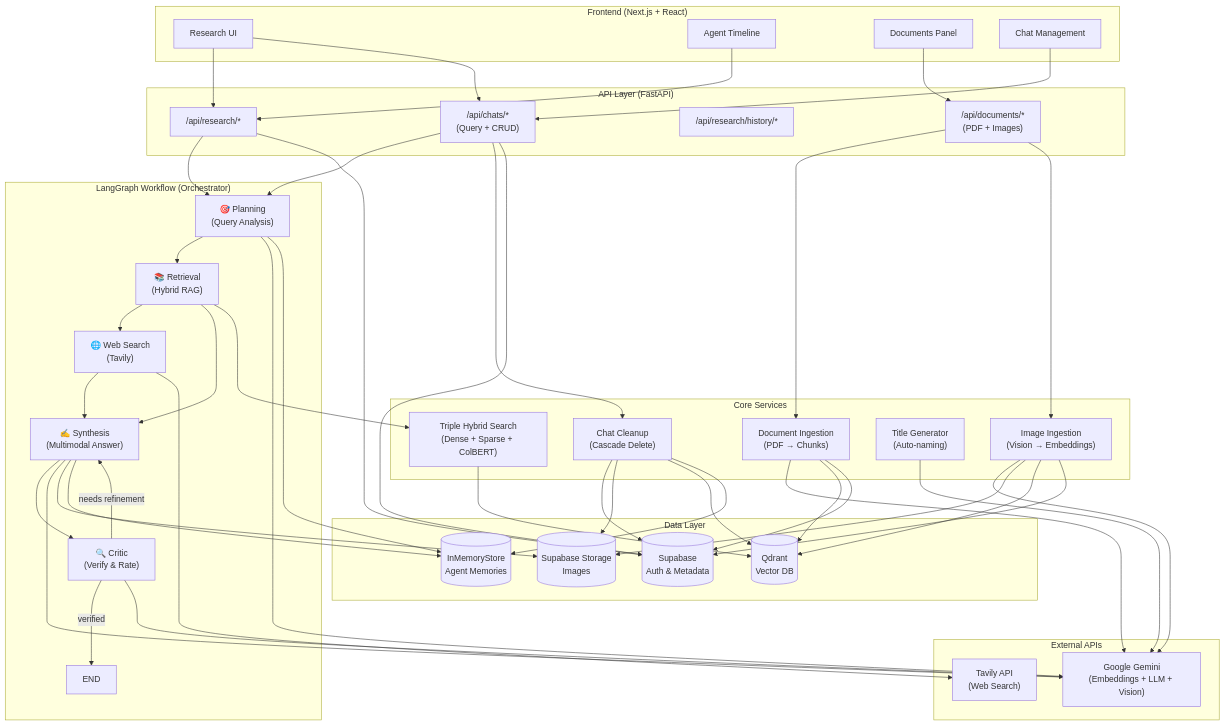
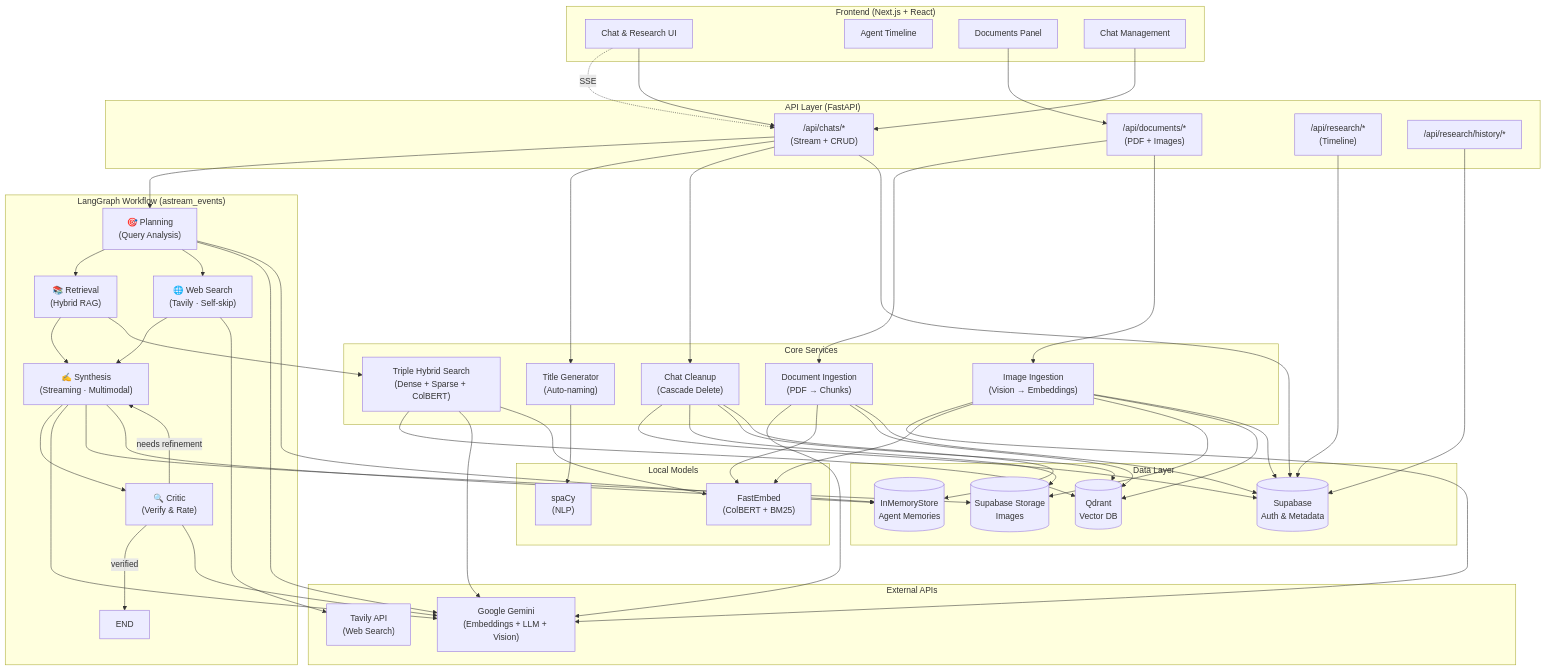
The diagram in README.md (thornxyz/revera), drawn with Mermaid before and after one commit. The commit also changed other lines of this file and 7 other files, not shown here.

Commit message:
performance fixes, update diagram

````diff
--- a/README.md
+++ b/README.md
@@ -7,28 +7,28 @@
 ```mermaid
 flowchart TB
     subgraph Frontend["Frontend (Next.js + React)"]
-        UI[Research UI]
+        UI[Chat & Research UI]
         Timeline[Agent Timeline]
         DocPanel[Documents Panel]
         ChatList[Chat Management]
     end
 
     subgraph API["API Layer (FastAPI)"]
-        ResearchAPI["/api/research/*"]
+        ChatsAPI["/api/chats/*<br/>(Stream + CRUD)"]
         DocumentsAPI["/api/documents/*<br/>(PDF + Images)"]
+        ResearchAPI["/api/research/*<br/>(Timeline)"]
         HistoryAPI["/api/research/history/*"]
-        ChatsAPI["/api/chats/*<br/>(Query + CRUD)"]
     end
 
-    subgraph LangGraph["LangGraph Workflow (Orchestrator)"]
+    subgraph LangGraph["LangGraph Workflow (astream_events)"]
         Planner["🎯 Planning<br/>(Query Analysis)"]
         Retrieval["📚 Retrieval<br/>(Hybrid RAG)"]
-        WebSearch["🌐 Web Search<br/>(Tavily)"]
-        Synthesis["✍️ Synthesis<br/>(Multimodal Answer)"]
+        WebSearch["🌐 Web Search<br/>(Tavily · Self-skip)"]
+        Synthesis["✍️ Synthesis<br/>(Streaming · Multimodal)"]
         Critic["🔍 Critic<br/>(Verify & Rate)"]
         
         Planner --> Retrieval
-        Retrieval --> WebSearch
+        Planner --> WebSearch
         Retrieval --> Synthesis
         WebSearch --> Synthesis
         Synthesis --> Critic
@@ -49,6 +49,11 @@
         Tavily["Tavily API<br/>(Web Search)"]
     end
 
+    subgraph Local["Local Models"]
+        FastEmbed["FastEmbed<br/>(ColBERT + BM25)"]
+        SpaCy["spaCy<br/>(NLP)"]
+    end
+
     subgraph Data["Data Layer"]
         Supabase[(Supabase<br/>Auth & Metadata)]
         Storage[(Supabase Storage<br/>Images)]
@@ -56,17 +61,16 @@
         Memory[(InMemoryStore<br/>Agent Memories)]
     end
 
-    UI --> ResearchAPI
+    UI -.->|SSE| ChatsAPI
     UI --> ChatsAPI
     DocPanel --> DocumentsAPI
-    Timeline --> ResearchAPI
     ChatList --> ChatsAPI
     
-    ResearchAPI --> Planner
     ChatsAPI --> Planner
+    ChatsAPI --> TitleGen
+    ChatsAPI --> Cleanup
     DocumentsAPI --> Ingestion
     DocumentsAPI --> ImageIngest
-    ChatsAPI --> Cleanup
     
     Planner --> Gemini
     Retrieval --> HybridRAG
@@ -75,22 +79,27 @@
     Critic --> Gemini
     
     HybridRAG --> Qdrant
+    HybridRAG --> Gemini
+    HybridRAG --> FastEmbed
     Ingestion --> Gemini
+    Ingestion --> FastEmbed
     Ingestion --> Qdrant
     Ingestion --> Supabase
     ImageIngest --> Gemini
+    ImageIngest --> FastEmbed
     ImageIngest --> Storage
     ImageIngest --> Qdrant
     ImageIngest --> Supabase
     Synthesis --> Storage
     Planner --> Memory
     Synthesis --> Memory
-    TitleGen --> Gemini
+    TitleGen --> SpaCy
     
     Cleanup --> Supabase
     Cleanup --> Storage
     Cleanup --> Qdrant
     Cleanup --> Memory
     ResearchAPI --> Supabase
+    HistoryAPI --> Supabase
     ChatsAPI --> Supabase
 ```
````
